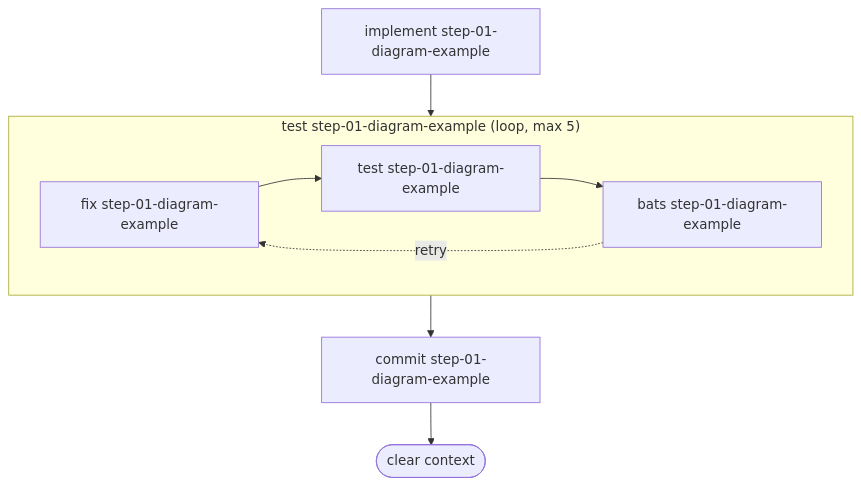
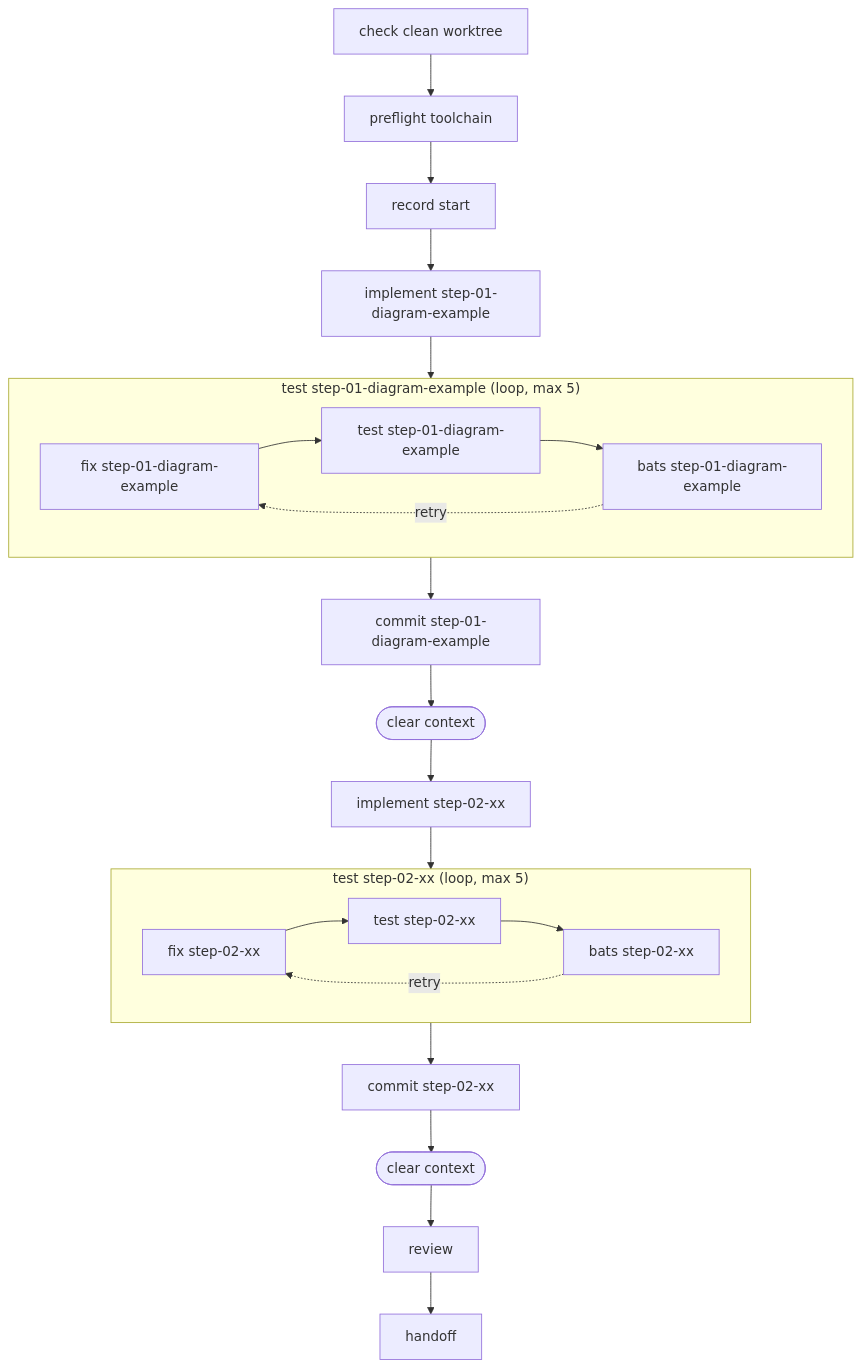
Before and after one commit to erik-romson/norn: the diagram in dogfooding/implement_features.md, drawn with Mermaid. The commit also changed other lines of this file and 8 other files, not shown here.

````diff
--- a/dogfooding/implement_features.md
+++ b/dogfooding/implement_features.md
@@ -7,17 +12,42 @@
 ```mermaid
 flowchart TD
-    s1["implement step-01-diagram-example"]
-    subgraph loop2 ["test step-01-diagram-example (loop, max 5)"]
-    s3["fix step-01-diagram-example"]
-    s4["test step-01-diagram-example"]
-    s5["bats step-01-diagram-example"]
-        s3 --> s4
-        s4 --> s5
-        s5 -. retry .-> s3
+    s1["check clean worktree"]
+    s2["preflight toolchain"]
+    s3["record start"]
+    s4["implement step-01-diagram-example"]
+    subgraph loop5 ["test step-01-diagram-example (loop, max 5)"]
+    s6["fix step-01-diagram-example"]
+    s7["test step-01-diagram-example"]
+    s8["bats step-01-diagram-example"]
+        s6 --> s7
+        s7 --> s8
+        s8 -. retry .-> s6
     end
-    s6["commit step-01-diagram-example"]
-    cc7(["clear context"])
-    s1 --> loop2
-    loop2 --> s6
-    s6 --> cc7
+    s9["commit step-01-diagram-example"]
+    cc10(["clear context"])
+    s11["implement step-02-xx"]
+    subgraph loop12 ["test step-02-xx (loop, max 5)"]
+    s13["fix step-02-xx"]
+    s14["test step-02-xx"]
+    s15["bats step-02-xx"]
+        s13 --> s14
+        s14 --> s15
+        s15 -. retry .-> s13
+    end
+    s16["commit step-02-xx"]
+    cc17(["clear context"])
+    s18["review"]
+    s19["handoff"]
+    s1 --> s2
+    s2 --> s3
+    s3 --> s4
+    s4 --> loop5
+    loop5 --> s9
+    s9 --> cc10
+    cc10 --> s11
+    s11 --> loop12
+    loop12 --> s16
+    s16 --> cc17
+    cc17 --> s18
+    s18 --> s19
 ```
````
